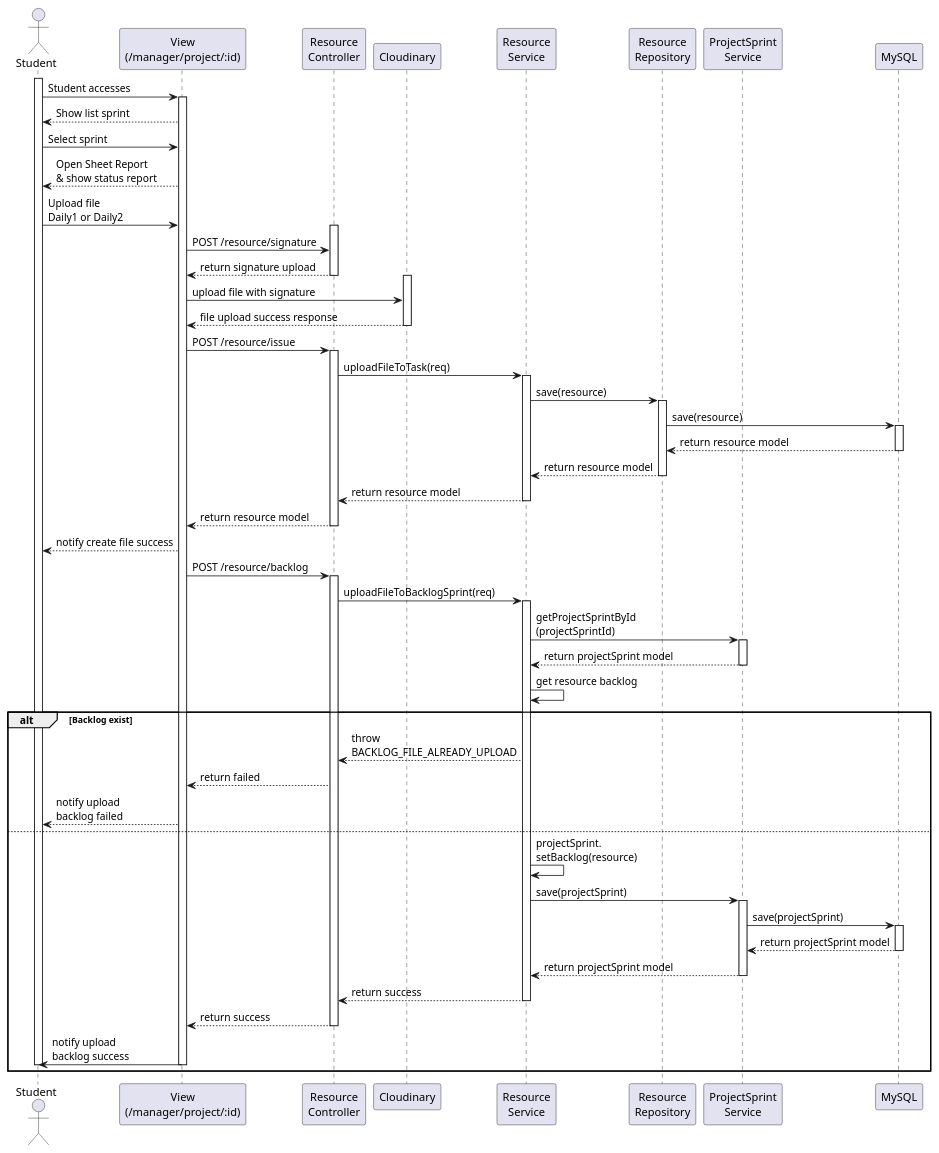
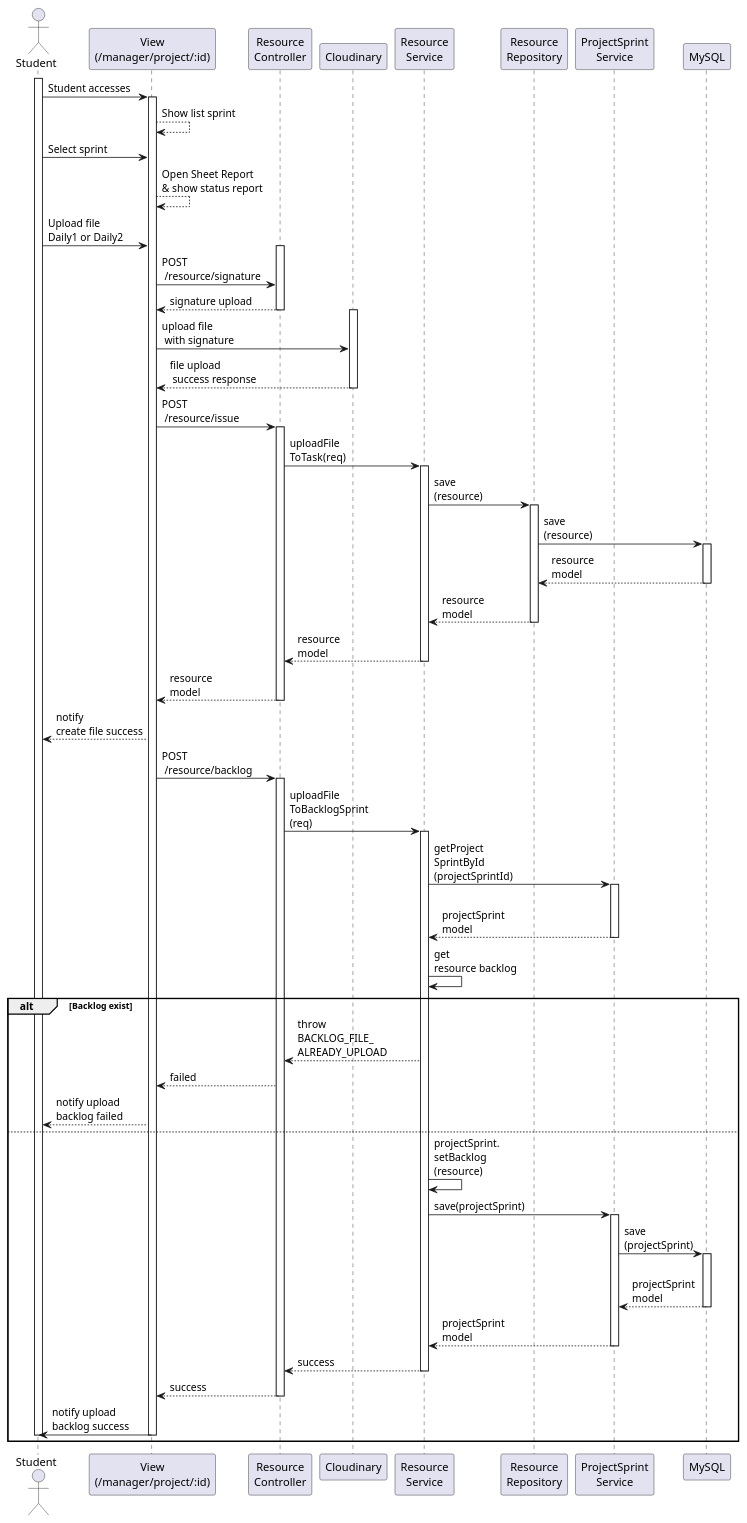
The diagram in swagger/sequence/student/sprint_submit_report_backlog.puml (tandang2003/KLTN-Agile-Scrum-Tuan-Duc), drawn with PlantUML before and after one commit. The commit also changed 29 other files, not shown here.

Commit message:
add sequence

```diff
--- a/swagger/sequence/student/sprint_submit_report_backlog.puml
+++ b/swagger/sequence/student/sprint_submit_report_backlog.puml
@@ -1,80 +1,80 @@
 @startuml
 actor "Student" as SV
 participant "View\n(/manager/project/:id)" as View
 participant "Resource\nController" as Controller
 participant "Cloudinary" as Cloud
 participant "Resource\nService" as Service
 participant "Resource\nRepository" as Repo
 participant "ProjectSprint\nService" as PSS
 participant "MySQL" as MySQL
 
 activate SV
 SV -> View : Student accesses
 activate View
-View --> SV : Show list sprint
+View --> View : Show list sprint
 SV -> View: Select sprint
-View --> SV: Open Sheet Report\n& show status report
+View --> View: Open Sheet Report\n& show status report
 SV -> View: Upload file\nDaily1 or Daily2
 activate Controller
-View -> Controller : POST /resource/signature
-Controller --> View: return signature upload
+View -> Controller : POST \n /resource/signature
+Controller --> View:  signature upload
 deactivate Controller
 activate Cloud
-View -> Cloud: upload file with signature
-Cloud --> View: file upload success response
+View -> Cloud: upload file \n with signature
+Cloud --> View: file upload \n success response
 deactivate Cloud
 
-View -> Controller: POST /resource/issue
+View -> Controller: POST \n /resource/issue
 activate Controller
-Controller -> Service: uploadFileToTask(req)
+Controller -> Service: uploadFile\nToTask(req)
 activate Service
-Service -> Repo: save(resource)
+Service -> Repo: save\n(resource)
 activate Repo
-Repo -> MySQL: save(resource)
+Repo -> MySQL: save\n(resource)
 activate MySQL
-MySQL --> Repo: return resource model
+MySQL --> Repo: resource \nmodel
 deactivate MySQL
-Repo --> Service: return resource model
+Repo --> Service:  resource \nmodel
 deactivate Repo
-Service --> Controller: return resource model
+Service --> Controller:  resource \nmodel
 deactivate Service
-Controller --> View: return resource model
+Controller --> View:  resource \nmodel
 deactivate Controller
-View --> SV: notify create file success
+View --> SV: notify \ncreate file success
 
-View -> Controller: POST /resource/backlog
+View -> Controller: POST \n /resource/backlog
 activate Controller
-Controller -> Service : uploadFileToBacklogSprint(req)
+Controller -> Service : uploadFile\nToBacklogSprint\n(req)
 activate Service
-Service -> PSS: getProjectSprintById\n(projectSprintId)
+Service -> PSS: getProject\nSprintById\n(projectSprintId)
 activate PSS
-PSS --> Service: return projectSprint model
+PSS --> Service:  \nprojectSprint \nmodel
 deactivate PSS
-Service -> Service: get resource backlog
+Service -> Service: get \nresource backlog
 
 alt Backlog exist
-  Service --> Controller: throw\nBACKLOG_FILE_ALREADY_UPLOAD
-  Controller --> View: return failed
+  Service --> Controller: throw\nBACKLOG_FILE_\nALREADY_UPLOAD
+  Controller --> View:  failed
   View --> SV: notify upload\nbacklog failed
 else
-  Service -> Service: projectSprint.\nsetBacklog(resource)
+  Service -> Service: projectSprint.\nsetBacklog\n(resource)
   Service -> PSS: save(projectSprint)
   activate PSS
-  PSS -> MySQL: save(projectSprint)
+  PSS -> MySQL: save\n(projectSprint)
   activate MySQL
-  MySQL --> PSS: return projectSprint model
+  MySQL --> PSS:  \nprojectSprint \nmodel
   deactivate MySQL
-  PSS --> Service: return projectSprint model
+  PSS --> Service:  projectSprint \nmodel
   deactivate PSS
 
-  Service --> Controller : return success
+  Service --> Controller :  success
   deactivate Service
 
-  Controller --> View : return success
+  Controller --> View :  success
   deactivate Controller
 
   View -> SV : notify upload\nbacklog success
   deactivate View
   deactivate SV
 end
 @enduml
```
